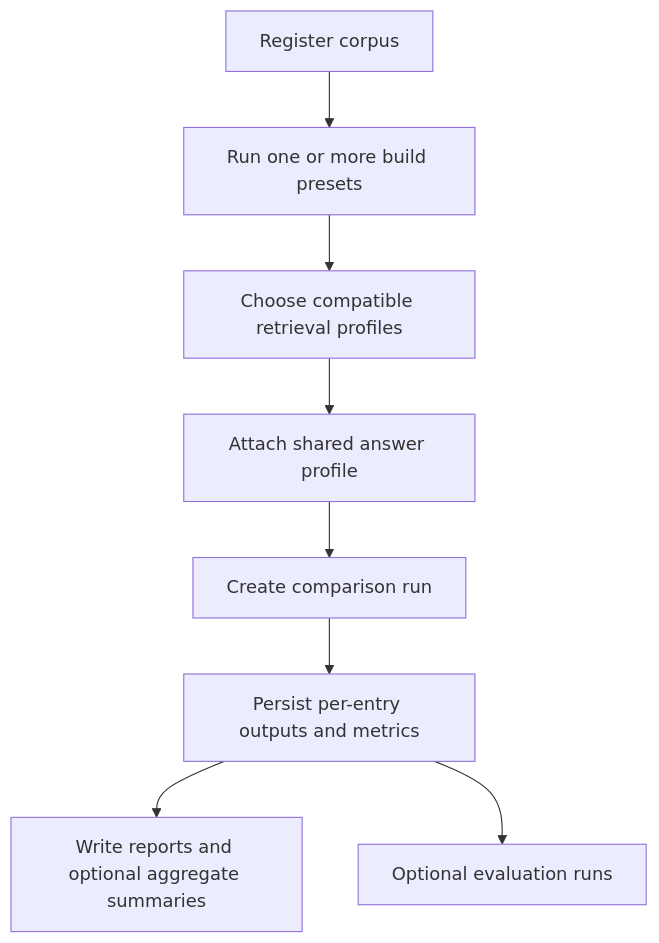
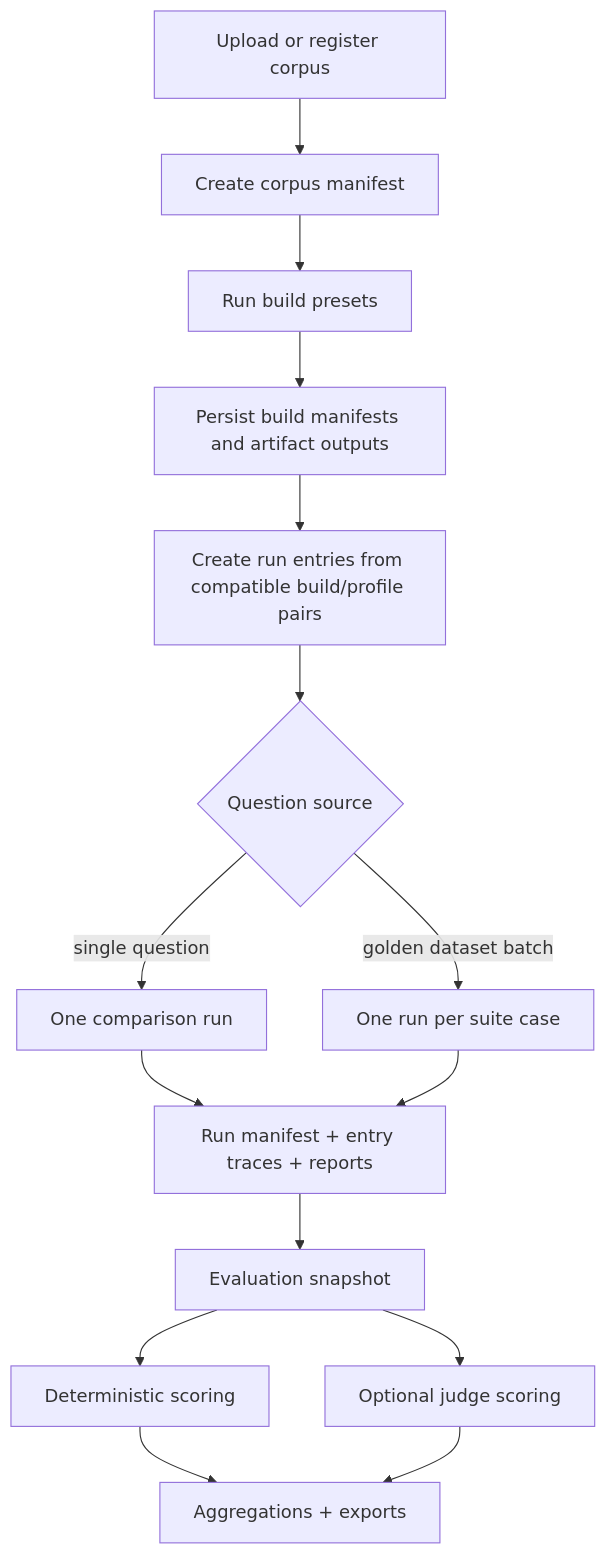
One commit to iluko/DocIndex changed the diagram in docs/modules/experiments-harness.md. Above: the diagram before and after it, drawn with Mermaid. The commit also changed other lines of this file and 16 other files, not shown here.

Commit message:
Refactor nxgen_golden_dataset.mapped.csv with updated questions and answers; add Experiments UI documentation and initial Streamlit app structure; include .DS_Store file for macOS compatibility.

````diff
--- a/docs/modules/experiments-harness.md
+++ b/docs/modules/experiments-harness.md
@@ -50,10 +64,17 @@
 ```mermaid
 flowchart TD
-    A["Register corpus"] --> B["Run one or more build presets"]
-    B --> C["Choose compatible retrieval profiles"]
-    C --> D["Attach shared answer profile"]
-    D --> E["Create comparison run"]
-    E --> F["Persist per-entry outputs and metrics"]
-    F --> G["Write reports and optional aggregate summaries"]
-    F --> H["Optional evaluation runs"]
+    A["Upload or register corpus"] --> B["Create corpus manifest"]
+    B --> C["Run build presets"]
+    C --> D["Persist build manifests and artifact outputs"]
+    D --> E["Create run entries from compatible build/profile pairs"]
+    E --> F{"Question source"}
+    F -->|single question| G["One comparison run"]
+    F -->|golden dataset batch| H["One run per suite case"]
+    G --> I["Run manifest + entry traces + reports"]
+    H --> I
+    I --> J["Evaluation snapshot"]
+    J --> K["Deterministic scoring"]
+    J --> L["Optional judge scoring"]
+    K --> M["Aggregations + exports"]
+    L --> M
 ```
````
